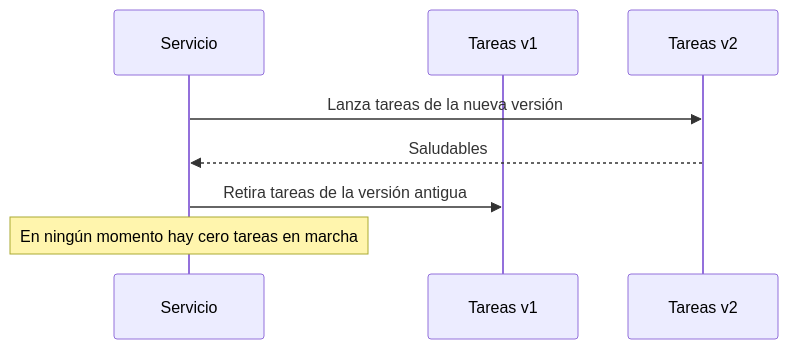
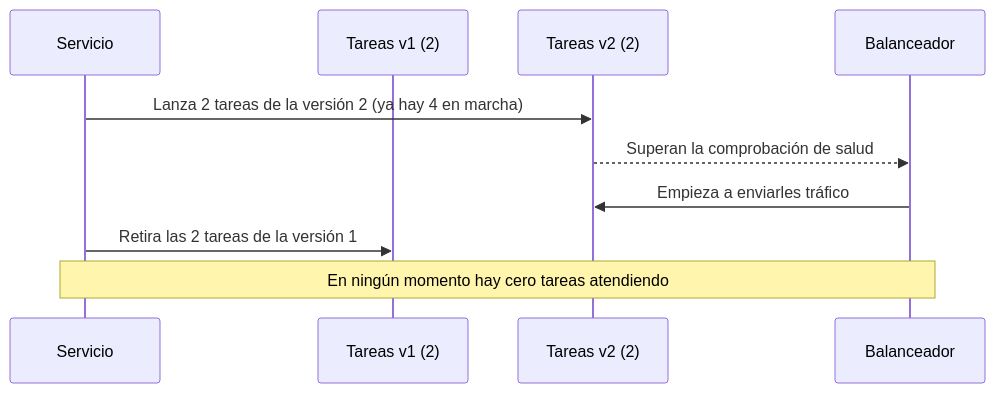
Before and after one commit to aitorventura/introduccion-nube: the diagram in docs/tema6/contenedores-gestionados.md, drawn with Mermaid. The commit also changed other lines of this file and 26 other files, not shown here.

````diff
--- a/docs/tema6/contenedores-gestionados.md
+++ b/docs/tema6/contenedores-gestionados.md
@@ -54,11 +96,13 @@
 ```mermaid
 sequenceDiagram
     participant S as Servicio
-    participant V1 as Tareas v1
-    participant V2 as Tareas v2
+    participant V1 as Tareas v1 (2)
+    participant V2 as Tareas v2 (2)
+    participant B as Balanceador
 
-    S->>V2: Lanza tareas de la nueva versión
-    V2-->>S: Saludables
-    S->>V1: Retira tareas de la versión antigua
-    Note over S: En ningún momento hay cero tareas en marcha
+    S->>V2: Lanza 2 tareas de la versión 2 (ya hay 4 en marcha)
+    V2-->>B: Superan la comprobación de salud
+    B->>V2: Empieza a enviarles tráfico
+    S->>V1: Retira las 2 tareas de la versión 1
+    Note over S,B: En ningún momento hay cero tareas atendiendo
 ```
````
